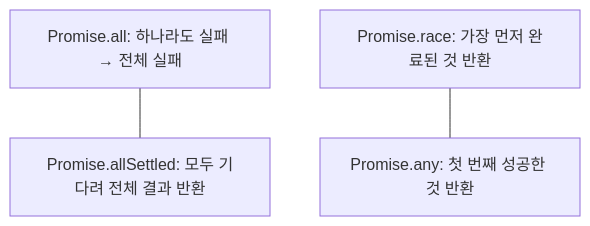
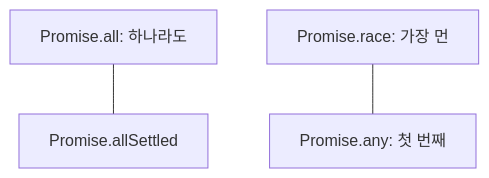
One commit to yjkim2015/yjkim2015.github.io changed the fourth of 6 diagrams in _posts/frontend/2026-05-02-js-async.md. Above: the diagram before and after it, drawn with Mermaid. The commit also changed 271 other files, not shown here.

First line of the commit message:
Mermaid 라벨 축소: 긴 노드 텍스트 18자 이하로 트림 + \n 제거

````diff
--- a/_posts/frontend/2026-05-02-js-async.md
+++ b/_posts/frontend/2026-05-02-js-async.md
@@ -236,9 +236,9 @@
 ```mermaid
 graph TD
-    ALL["Promise.all: 하나라도 실패 → 전체 실패"]
-    SETTLED["Promise.allSettled: 모두 기다려 전체 결과 반환"]
-    RACE["Promise.race: 가장 먼저 완료된 것 반환"]
-    ANY["Promise.any: 첫 번째 성공한 것 반환"]
+    ALL["Promise.all: 하나라도"]
+    SETTLED["Promise.allSettled"]
+    RACE["Promise.race: 가장 먼"]
+    ANY["Promise.any: 첫 번째"]
     ALL --- SETTLED
     RACE --- ANY
 ```
````
